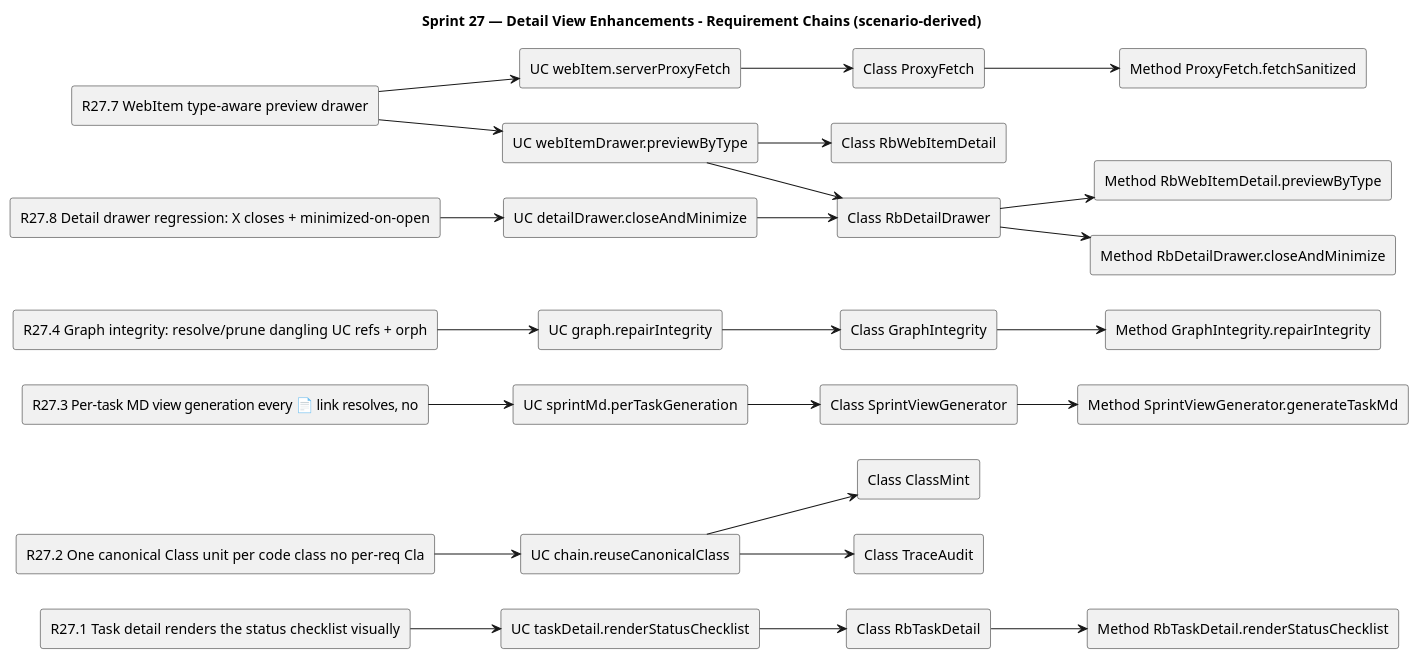
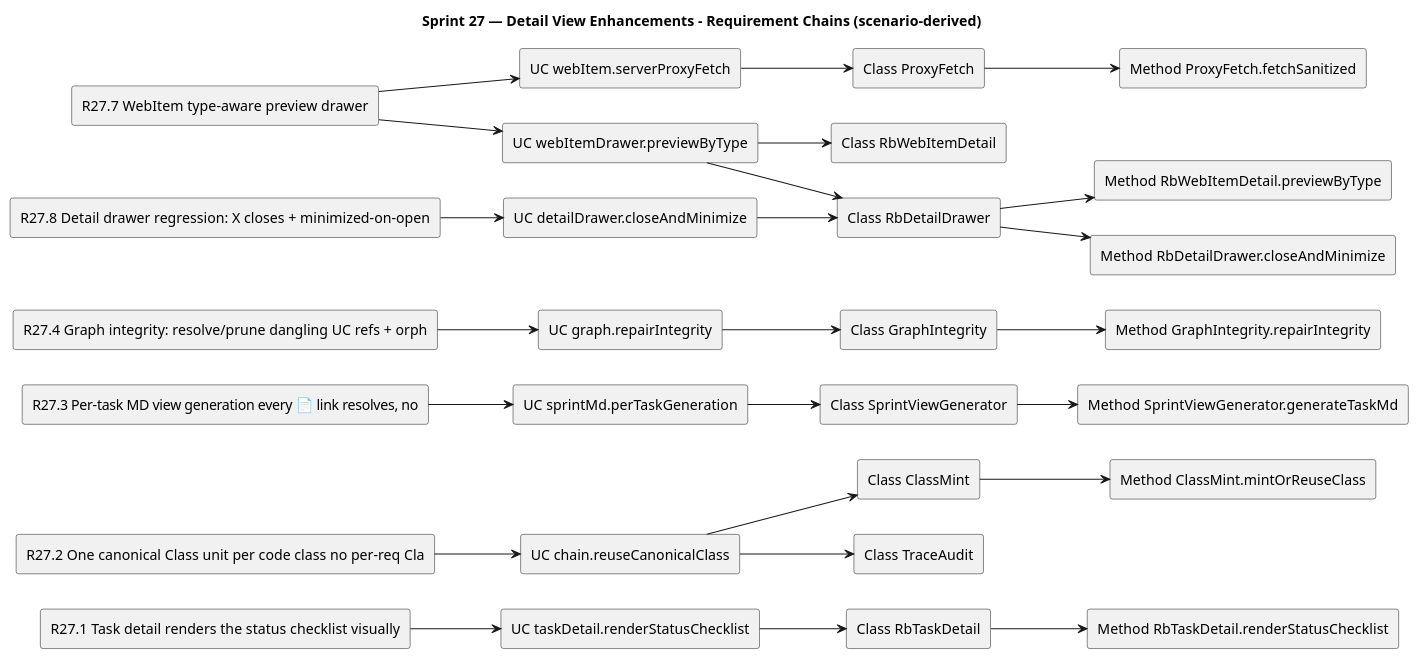
One commit to web4x/Web4RawBin changed the diagram in scrum.pmo/sprints/sprint-27-detail-view-enhancements/diagrams/sprint-27-detail-view-enhancements-chains.puml. Above: the diagram before and after it, drawn with PlantUML. The commit also changed 5 other files, not shown here.

First line of the commit message:
robbin-architect: complete R27.2 chain.reuseCanonicalClass UC (class+method) — mintOrReuseClass is a real method

```diff
--- a/scrum.pmo/sprints/sprint-27-detail-view-enhancements/diagrams/sprint-27-detail-view-enhancements-chains.puml
+++ b/scrum.pmo/sprints/sprint-27-detail-view-enhancements/diagrams/sprint-27-detail-view-enhancements-chains.puml
@@ -1,56 +1,58 @@
 @startuml sprint-27-detail-view-enhancements-chains
 title Sprint 27 — Detail View Enhancements - Requirement Chains (scenario-derived)
 left to right direction
 
 rectangle "R27.1 Task detail renders the status checklist visually" as R_90b82d00
 rectangle "UC taskDetail.renderStatusChecklist" as U_050c5b9a
 rectangle "Class RbTaskDetail" as C_4df19279
 rectangle "Method RbTaskDetail.renderStatusChecklist" as M_bfd21995
 rectangle "R27.2 One canonical Class unit per code class no per-req Cla" as R_64965538
 rectangle "UC chain.reuseCanonicalClass" as U_37c52953
 rectangle "Class ClassMint" as C_2bf3d075
 rectangle "Class TraceAudit" as C_bf626dad
+rectangle "Method ClassMint.mintOrReuseClass" as M_ee1aa197
 rectangle "R27.3 Per-task MD view generation every 📄 link resolves, no" as R_4f6d6402
 rectangle "UC sprintMd.perTaskGeneration" as U_10ef702c
 rectangle "Class SprintViewGenerator" as C_93f9afc7
 rectangle "Method SprintViewGenerator.generateTaskMd" as M_0a542620
 rectangle "R27.4 Graph integrity: resolve/prune dangling UC refs + orph" as R_e205f7c3
 rectangle "UC graph.repairIntegrity" as U_f7a06e18
 rectangle "Class GraphIntegrity" as C_4304c9b0
 rectangle "Method GraphIntegrity.repairIntegrity" as M_d9a3f4f4
 rectangle "R27.7 WebItem type-aware preview drawer" as R_54002f11
 rectangle "UC webItemDrawer.previewByType" as U_d48b4dda
 rectangle "Class RbDetailDrawer" as C_d86af73d
 rectangle "Class RbWebItemDetail" as C_b8e96a25
 rectangle "Method RbWebItemDetail.previewByType" as M_187a1c5e
 rectangle "UC webItem.serverProxyFetch" as U_543ff7aa
 rectangle "Class ProxyFetch" as C_09f4cdce
 rectangle "Method ProxyFetch.fetchSanitized" as M_ee3fad72
 rectangle "R27.8 Detail drawer regression: X closes + minimized-on-open" as R_a5da3f93
 rectangle "UC detailDrawer.closeAndMinimize" as U_3b6e58e3
 rectangle "Method RbDetailDrawer.closeAndMinimize" as M_22f951cc
 
 R_90b82d00 --> U_050c5b9a
 U_050c5b9a --> C_4df19279
 C_4df19279 --> M_bfd21995
 R_64965538 --> U_37c52953
 U_37c52953 --> C_2bf3d075
 U_37c52953 --> C_bf626dad
+C_2bf3d075 --> M_ee1aa197
 R_4f6d6402 --> U_10ef702c
 U_10ef702c --> C_93f9afc7
 C_93f9afc7 --> M_0a542620
 R_e205f7c3 --> U_f7a06e18
 U_f7a06e18 --> C_4304c9b0
 C_4304c9b0 --> M_d9a3f4f4
 R_54002f11 --> U_d48b4dda
 U_d48b4dda --> C_d86af73d
 U_d48b4dda --> C_b8e96a25
 C_d86af73d --> M_187a1c5e
 R_54002f11 --> U_543ff7aa
 U_543ff7aa --> C_09f4cdce
 C_09f4cdce --> M_ee3fad72
 R_a5da3f93 --> U_3b6e58e3
 U_3b6e58e3 --> C_d86af73d
 C_d86af73d --> M_22f951cc
 
 @enduml
```
